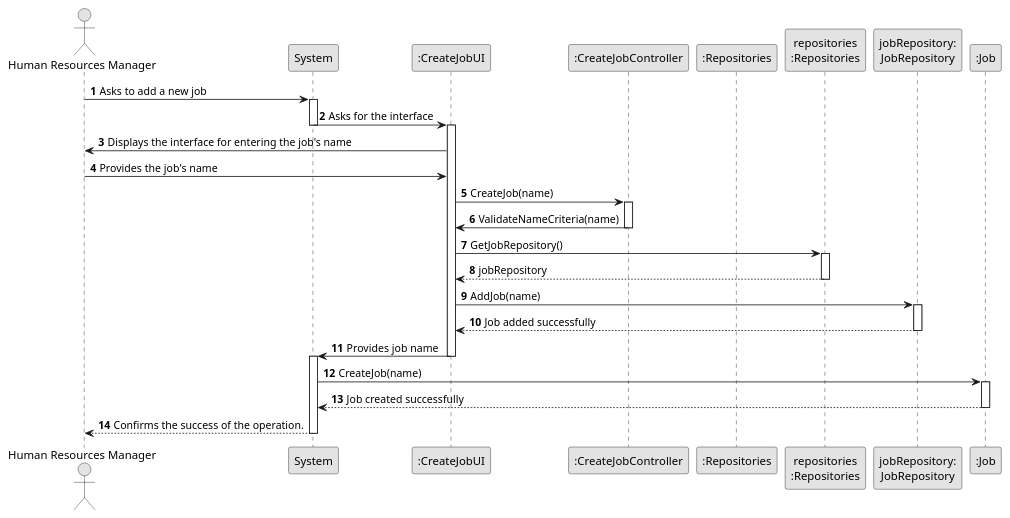
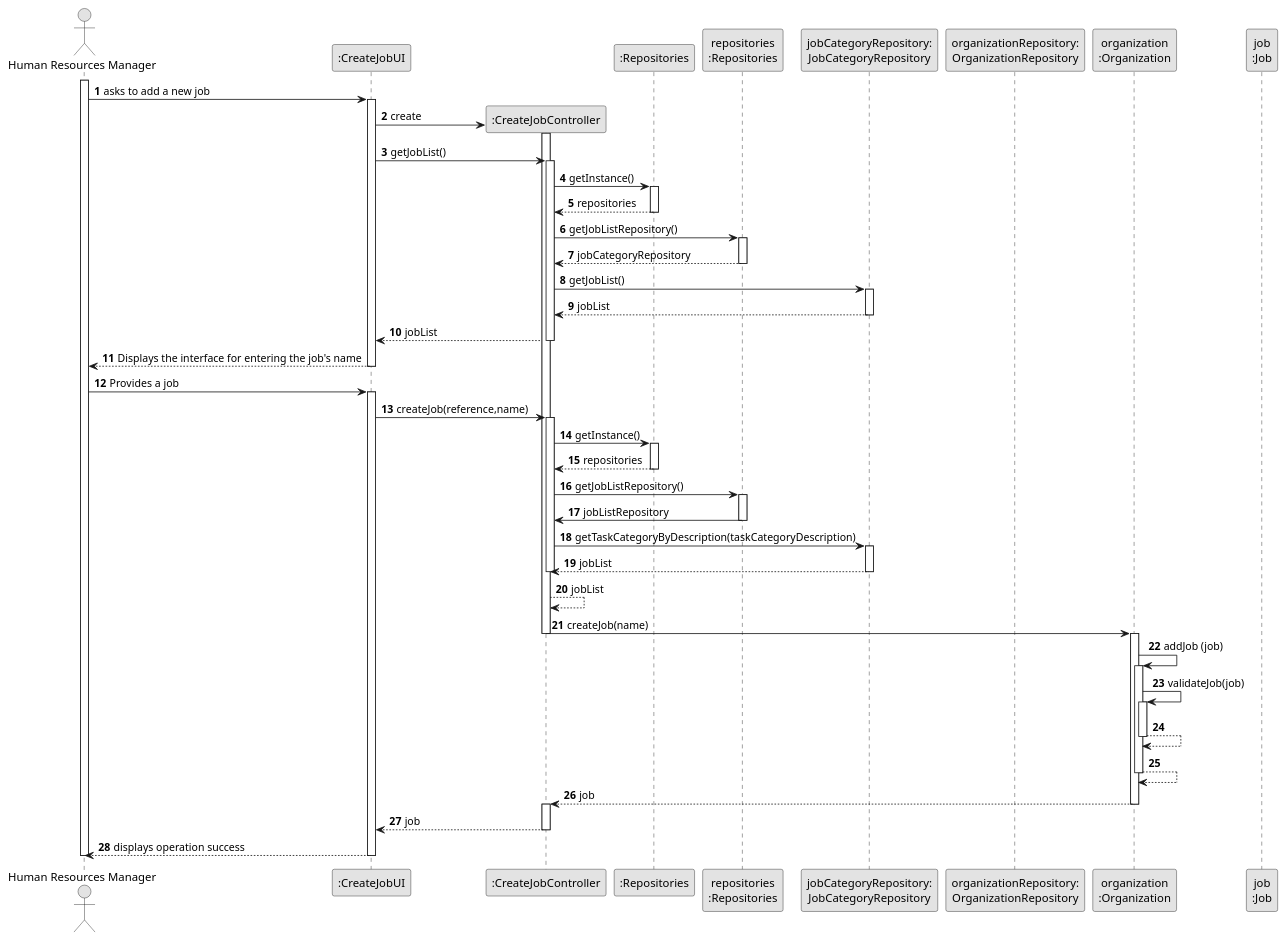
Before and after one commit to SAEmanuel/Green_Spaces_Management_ISEP: the diagram in docs/sprintB/us002/03.design/puml/us002-sequence-diagram-full.puml, drawn with PlantUML.

Commit message:
US2 - design full diagram v6

```diff
--- a/docs/sprintB/us002/03.design/puml/us002-sequence-diagram-full.puml
+++ b/docs/sprintB/us002/03.design/puml/us002-sequence-diagram-full.puml
@@ -1,57 +1,118 @@
 @startuml
 skinparam monochrome true
 skinparam packageStyle rectangle
 skinparam shadowing false
 
 autonumber
 
 'hide footbox
 actor "Human Resources Manager" as HRM
-participant "System" as System
 participant ":CreateJobUI" as UI
 participant ":CreateJobController" as CTRL
 participant ":Repositories" as RepositorySingleton
 participant "repositories\n:Repositories" as PLAT
-participant "jobRepository:\nJobRepository" as jobRepository
-participant ":Job" as Job
+participant "jobCategoryRepository:\nJobCategoryRepository" as JobCategoryRepository
+participant "organizationRepository:\nOrganizationRepository" as OrganizationRepository
+participant "organization\n:Organization" as ORG
+participant "job\n:Job" as JOB
 
-HRM -> System : Asks to add a new job
-activate System
-System -> UI : Asks for the interface
-deactivate "System"
+activate HRM
+
+HRM -> UI : asks to add a new job
 activate UI
 
-UI -> HRM : Displays the interface for entering the job's name
-HRM -> UI : Provides the job's name
-
-UI -> CTRL : CreateJob(name)
+UI -> CTRL** : create
 activate CTRL
 
-CTRL -> UI : ValidateNameCriteria(name)
+UI -> CTRL : getJobList()
+activate CTRL
+
+CTRL -> RepositorySingleton : getInstance()
+activate RepositorySingleton
+
+RepositorySingleton --> CTRL: repositories
+deactivate RepositorySingleton
+
+CTRL -> PLAT : getJobListRepository()
+activate PLAT
+
+PLAT --> CTRL: jobCategoryRepository
+deactivate PLAT
+
+CTRL -> JobCategoryRepository : getJobList()
+activate JobCategoryRepository
+
+JobCategoryRepository --> CTRL : jobList
+deactivate JobCategoryRepository
+
+CTRL --> UI : jobList
 deactivate CTRL
 
-UI -> PLAT : GetJobRepository()
+
+
+
+UI --> HRM : Displays the interface for entering the job's name
+deactivate UI
+
+HRM -> UI : Provides a job
+activate UI
+
+
+
+UI -> CTRL : createJob(reference,name)
+activate CTRL
+
+
+
+CTRL -> RepositorySingleton : getInstance()
+activate RepositorySingleton
+
+RepositorySingleton --> CTRL: repositories
+deactivate RepositorySingleton
+
+CTRL -> PLAT : getJobListRepository()
 activate PLAT
 
-PLAT --> UI : jobRepository
+PLAT -> CTRL : jobListRepository
 deactivate PLAT
 
-UI -> jobRepository : AddJob(name)
-activate jobRepository
+CTRL -> JobCategoryRepository : getTaskCategoryByDescription(taskCategoryDescription)
+activate JobCategoryRepository
 
-jobRepository --> UI : Job added successfully
-deactivate jobRepository
-UI -> System : Provides job name
+JobCategoryRepository --> CTRL : jobList
+deactivate JobCategoryRepository
+
+deactivate CTRL
+CTRL --> CTRL : jobList
+
+
+
+CTRL -> ORG: createJob(name)
+deactivate CTRL
+activate ORG
+
+ORG -> ORG: addJob (job)
+
+
+activate ORG
+    ORG -> ORG: validateJob(job)
+    activate ORG
+        ORG --> ORG
+    deactivate ORG
+
+    ORG --> ORG
+deactivate ORG
+
+ORG --> CTRL : job
+
+deactivate ORG
+
+activate CTRL
+CTRL --> UI: job
+deactivate CTRL
+UI --> HRM: displays operation success
 deactivate UI
-activate "System"
 
-System -> Job : CreateJob(name)
-activate Job
-
-Job --> System : Job created successfully
-deactivate Job
-
-System --> HRM : Confirms the success of the operation.
-deactivate System
+deactivate HRM
 
 @enduml
```
